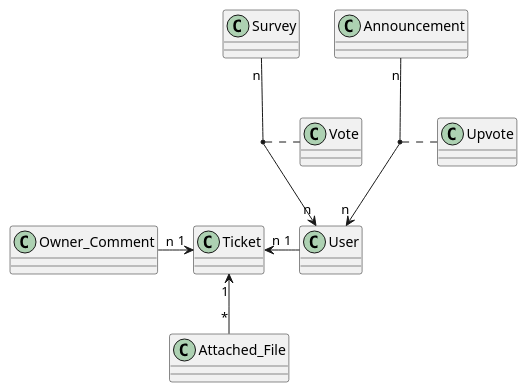
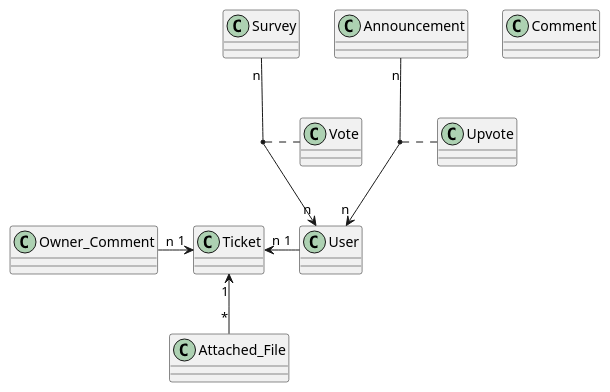
One commit to htl-leonding-project/2022-4ahif-vinitor changed the diagram in asciidocs/plantuml/cld_vinitor_02.puml. Above: the diagram before and after it, drawn with PlantUML. The commit also changed 8 other files, not shown here.

```diff
--- a/asciidocs/plantuml/cld_vinitor_02.puml
+++ b/asciidocs/plantuml/cld_vinitor_02.puml
@@ -1,20 +1,20 @@
 @startuml
 Survey "n" --> "n" User
 
 Announcement "n" --> "n" User
 User "1" -left-> "n" Ticket
 Owner_Comment "n" -right-> "1" Ticket
 Ticket "1" <-- "*" Attached_File
 
 (Survey,User)..Vote
 (User, Announcement).. Upvote
 
 class Announcement {}
 class Survey {}
 class Vote {}
 class User {}
 class Upvote {}
 class Ticket {}
-class Owner_Comment {}
+class Comment {}
 
 @enduml
```
